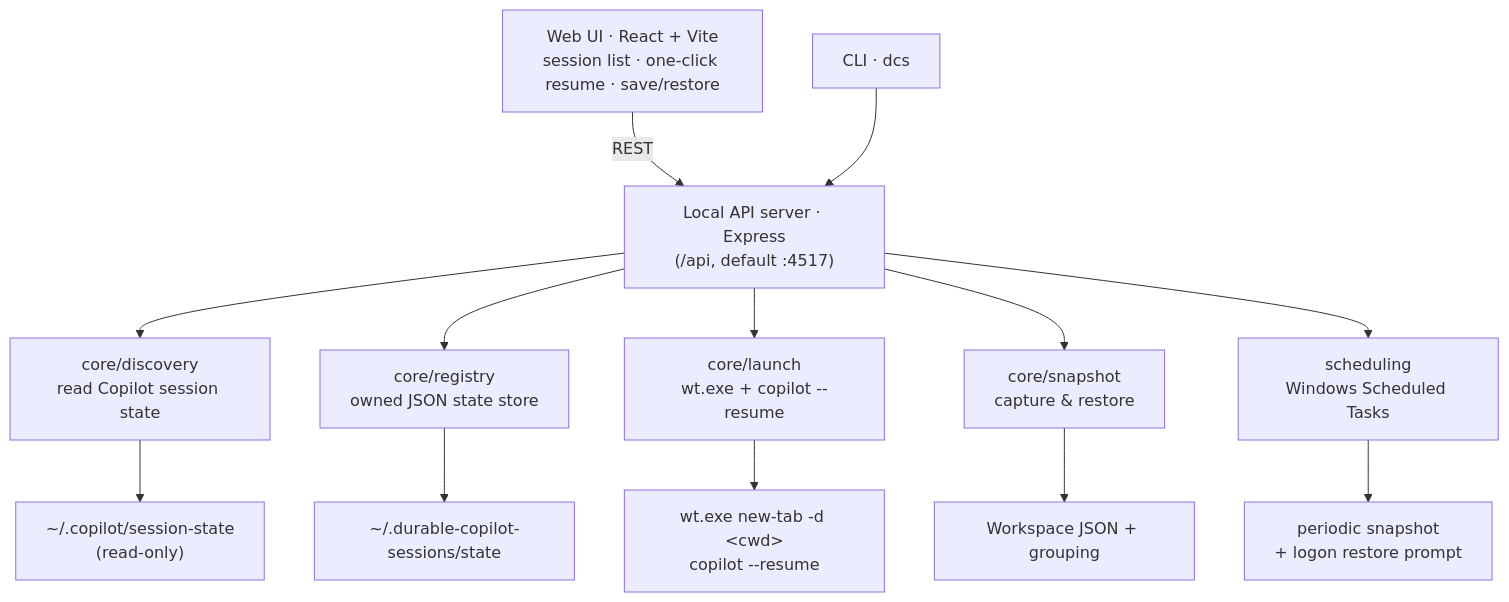
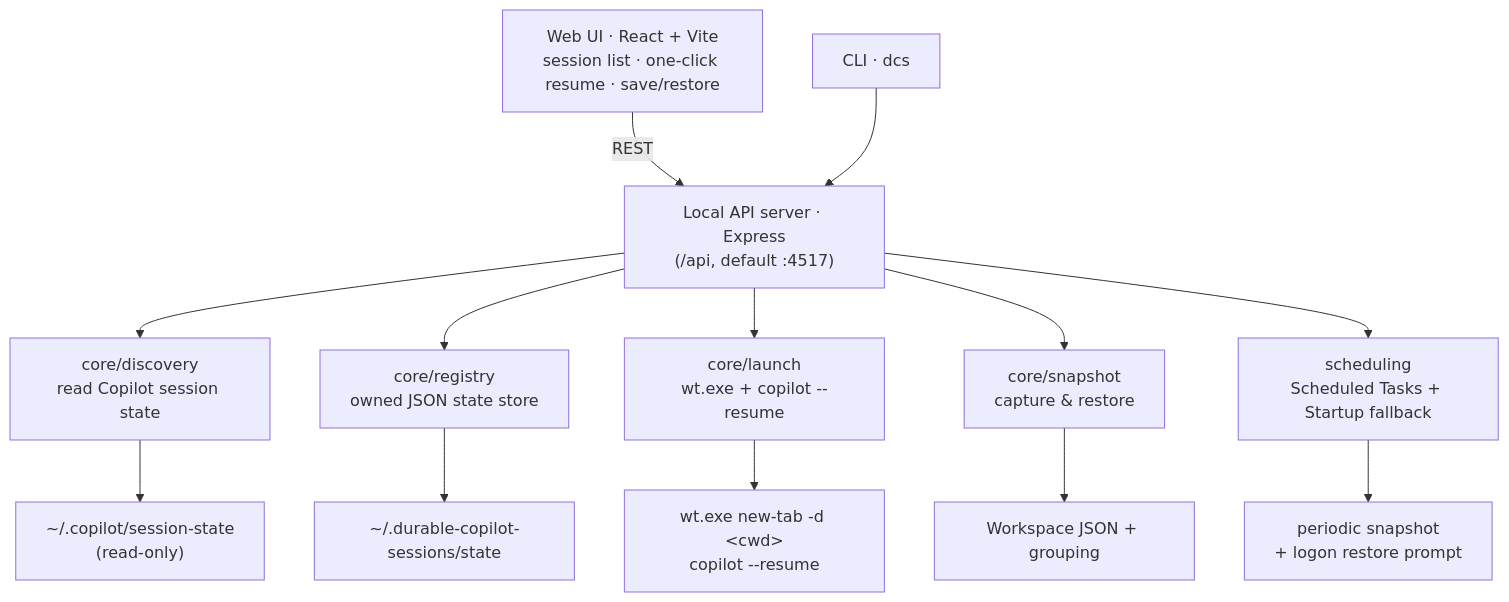
One commit to namra98/durable-copilot-sessions changed the diagram in README.md. Above: the diagram before and after it, drawn with Mermaid. The commit also changed other lines of this file and 10 other files, not shown here.

````diff
--- a/README.md
+++ b/README.md
@@ -237,21 +237,21 @@
 ```mermaid
 flowchart TB
     web["Web UI · React + Vite<br/>session list · one-click resume · save/restore"]
     cli["CLI · dcs"]
     api["Local API server · Express<br/>(/api, default :4517)"]
 
     web -->|REST| api
     cli --> api
 
     api --> discovery["core/discovery<br/>read Copilot session state"]
     api --> registry["core/registry<br/>owned JSON state store"]
     api --> launch["core/launch<br/>wt.exe + copilot --resume"]
     api --> snapshot["core/snapshot<br/>capture &amp; restore"]
-    api --> scheduling["scheduling<br/>Windows Scheduled Tasks"]
+    api --> scheduling["scheduling<br/>Scheduled Tasks + Startup fallback"]
 
     discovery --> d1["~/.copilot/session-state<br/>(read-only)"]
     registry --> d2["~/.durable-copilot-sessions/state"]
     launch --> d3["wt.exe new-tab -d &lt;cwd&gt;<br/>copilot --resume"]
     snapshot --> d4["Workspace JSON + grouping"]
     scheduling --> d5["periodic snapshot<br/>+ logon restore prompt"]
 ```
````
